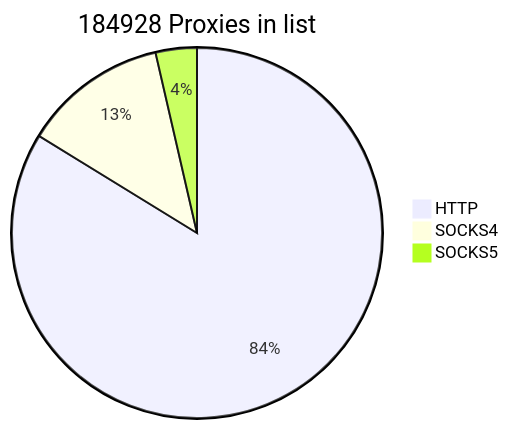
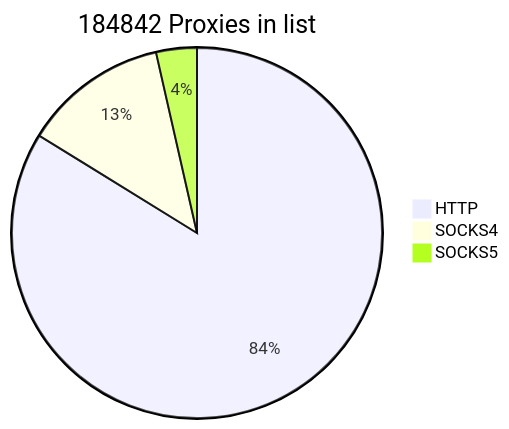
The first of 2 diagrams in README.md (cutipu/proxylist), drawn with Mermaid before and after one commit. The commit also changed other lines of this file, not shown here.

````diff
--- a/README.md
+++ b/README.md
@@ -2,7 +2,7 @@
 ```mermaid
-pie title 184928 Proxies in list
+pie title 184842 Proxies in list
     "HTTP" : 154905
     "SOCKS4" : 23369
-    "SOCKS5" : 6654
+    "SOCKS5" : 6568
             
 ```
````
